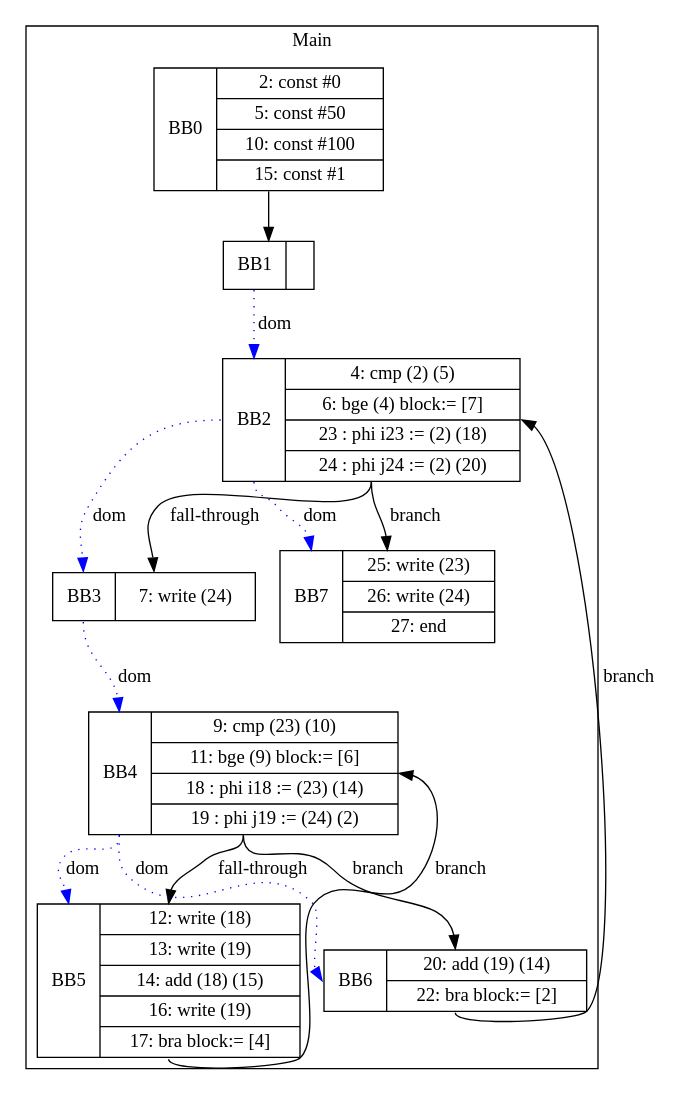
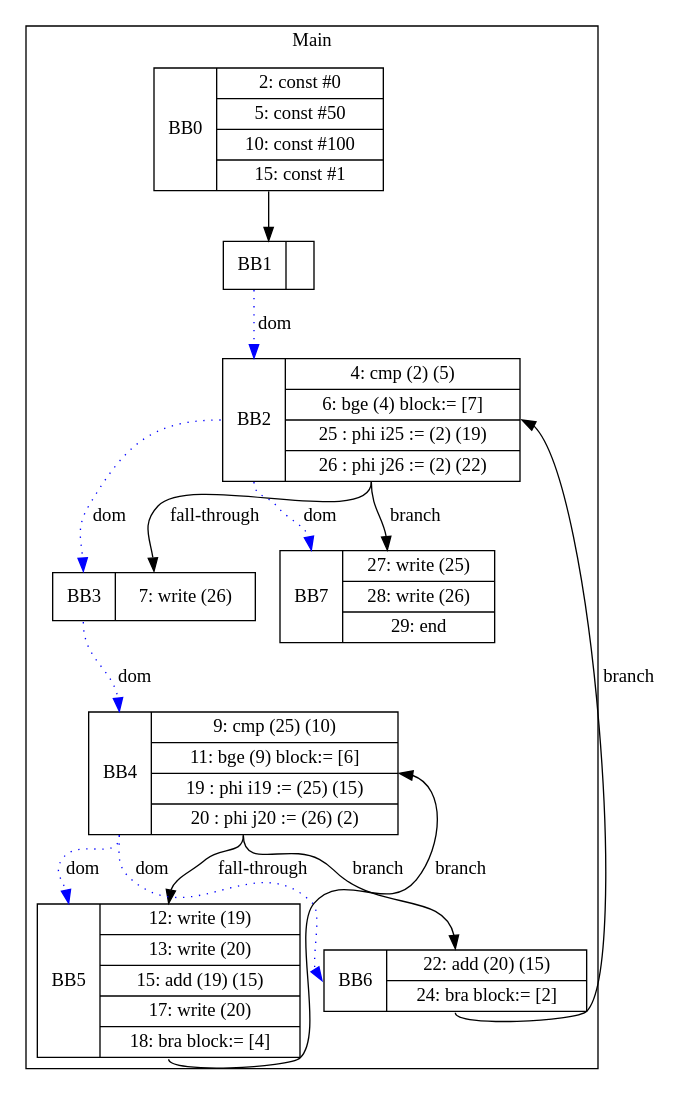
Before and after one commit to zjc664656505/UCI-CS241-Advanced-Compiler-main: the diagram in visualization/phillip/copyPropagationWithLoopPhis/nested.gv, drawn with Graphviz. The commit also changed 62 other files, not shown here.

```diff
--- a/visualization/phillip/copyPropagationWithLoopPhis/nested.gv
+++ b/visualization/phillip/copyPropagationWithLoopPhis/nested.gv
@@ -1,27 +1,27 @@
 digraph G {
 node [shape=record];
 subgraph cluster_main{
 label = "Main";
 BB0 [shape=record, label="<b>BB0|{2: const #0|5: const #50|10: const #100|15: const #1}"];
 BB1 [shape=record, label="<b>BB1|}"];
-BB2 [shape=record, label="<b>BB2|{4: cmp (2) (5)|6: bge (4) block:= [7]|23 : phi i23 := (2) (18)|24 : phi j24 := (2) (20)}"];
-BB3 [shape=record, label="<b>BB3|{7: write (24)}"];
-BB4 [shape=record, label="<b>BB4|{9: cmp (23) (10)|11: bge (9) block:= [6]|18 : phi i18 := (23) (14)|19 : phi j19 := (24) (2)}"];
-BB5 [shape=record, label="<b>BB5|{12: write (18)|13: write (19)|14: add (18) (15)|16: write (19)|17: bra block:= [4]}"];
-BB6 [shape=record, label="<b>BB6|{20: add (19) (14)|22: bra block:= [2]}"];
-BB7 [shape=record, label="<b>BB7|{25: write (23)|26: write (24)|27: end}"];
+BB2 [shape=record, label="<b>BB2|{4: cmp (2) (5)|6: bge (4) block:= [7]|25 : phi i25 := (2) (19)|26 : phi j26 := (2) (22)}"];
+BB3 [shape=record, label="<b>BB3|{7: write (26)}"];
+BB4 [shape=record, label="<b>BB4|{9: cmp (25) (10)|11: bge (9) block:= [6]|19 : phi i19 := (25) (15)|20 : phi j20 := (26) (2)}"];
+BB5 [shape=record, label="<b>BB5|{12: write (19)|13: write (20)|15: add (19) (15)|17: write (20)|18: bra block:= [4]}"];
+BB6 [shape=record, label="<b>BB6|{22: add (20) (15)|24: bra block:= [2]}"];
+BB7 [shape=record, label="<b>BB7|{27: write (25)|28: write (26)|29: end}"];
 }
 BB0:s -> BB1:n ;
 BB1:b -> BB2:b [color=blue, style=dotted, label="dom"];
 BB3:b -> BB4:b [color=blue, style=dotted, label="dom"];
 BB2:b -> BB7:b [color=blue, style=dotted, label="dom"];
 BB4:b -> BB6:b [color=blue, style=dotted, label="dom"];
 BB2:b -> BB3:b [color=blue, style=dotted, label="dom"];
 BB4:b -> BB5:b [color=blue, style=dotted, label="dom"];
 BB4:s -> BB6:n [label="branch"];
 BB2:s -> BB7:n [label="branch"];
 BB6:s -> BB2:e [label="branch"];
 BB5:s -> BB4:e [label="branch"];
 BB2:s -> BB3:n [label="fall-through"];
 BB4:s -> BB5:n [label="fall-through"];
 }
```
